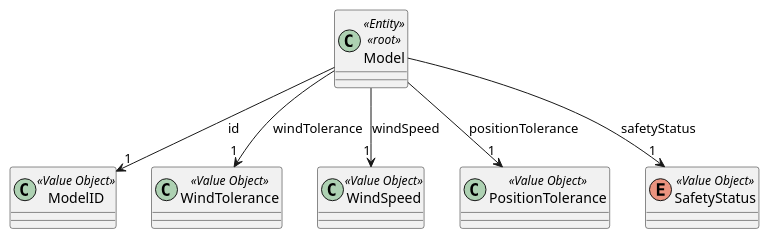
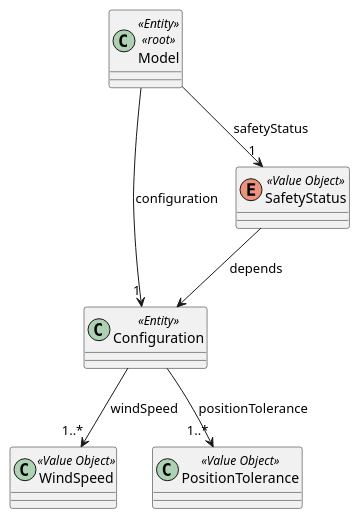
The diagram in docs/SPRINT_2/US240/puml/domain_model_us240.puml (diogoveirospro/sem4pi-2024-2025-sem4pi_2024_2025_g44), drawn with PlantUML before and after one commit. The commit also changed 20 other files, not shown here.

```diff
--- a/docs/SPRINT_2/US240/puml/domain_model_us240.puml
+++ b/docs/SPRINT_2/US240/puml/domain_model_us240.puml
@@ -1,30 +1,29 @@
 @startuml
 'https://plantuml.com/sequence-diagram
 
 
- class Model <<Entity>> <<root>>{
+
+    class Model <<Entity>> <<root>>{
     }
 
-    class ModelID <<Value Object>>{
-    }
-
-    class WindTolerance <<Value Object>>{
+    class Configuration <<Entity>>{
     }
 
     class WindSpeed <<Value Object>>{
     }
 
     class PositionTolerance <<Value Object>>{
     }
 
     enum SafetyStatus <<Value Object>>{
     }
 
     'Model -> x
-    Model --> "1" ModelID: id
-    Model --> "1" WindTolerance: windTolerance
-    Model --> "1" WindSpeed: windSpeed
-    Model --> "1" PositionTolerance: positionTolerance
+    Model --> "1" Configuration: configuration
+    Configuration --> "1..*" WindSpeed: windSpeed
+    Configuration --> "1..*" PositionTolerance: positionTolerance
     Model --> "1" SafetyStatus: safetyStatus
+        SafetyStatus -->  Configuration: depends
+
 
 @enduml
```
